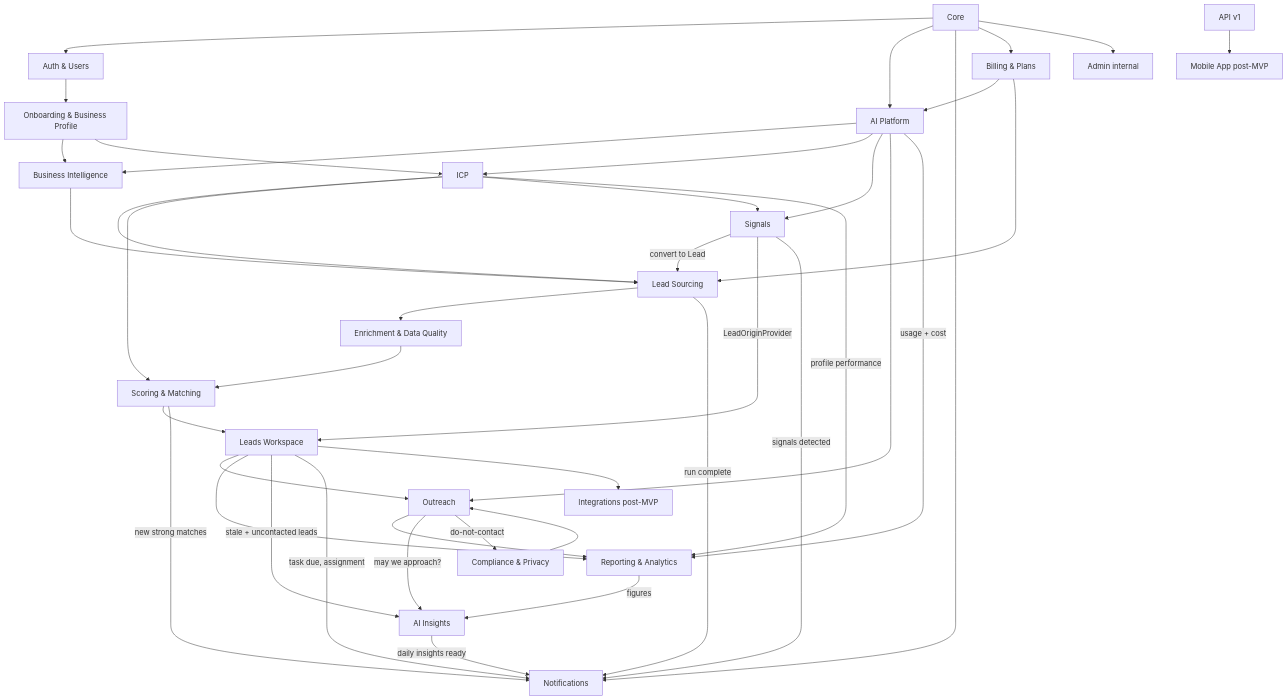
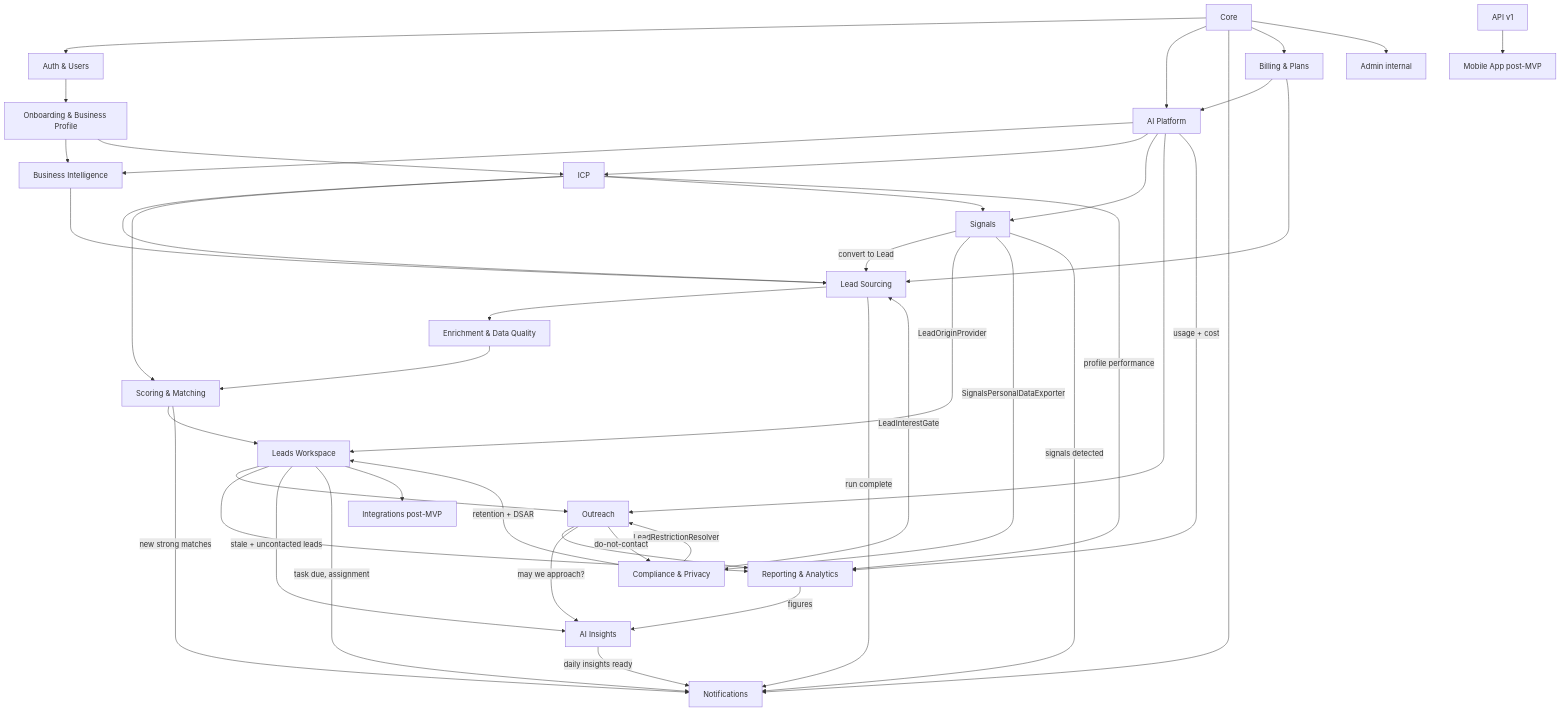
One commit to LordWatson/AlimaProspects changed the second of 2 diagrams in docs/architecture.md. Above: the diagram before and after it, drawn with Mermaid. The commit also changed other lines of this file and 107 other files, not shown here.

First line of the commit message:
**feat(compliance): implement Phase 15 compliance & privacy features**

````diff
--- a/docs/architecture.md
+++ b/docs/architecture.md
@@ -39,43 +39,46 @@
 ```mermaid
 flowchart TD
   Core --> Auth[Auth & Users]
   Core --> AIp[AI Platform]
   Auth --> Onb[Onboarding & Business Profile]
   Onb --> BI[Business Intelligence]
   Onb --> ICP
   AIp --> BI
   AIp --> ICP
   ICP --> LS[Lead Sourcing]
   BI --> LS
   LS --> Enr[Enrichment & Data Quality]
   Enr --> Sc[Scoring & Matching]
   ICP --> Sc
   Sc --> LW[Leads Workspace]
   AIp --> Sig[Signals]
   ICP --> Sig
   Sig -->|convert to Lead| LS
   Sig -->|LeadOriginProvider| LW
   LW --> Out[Outreach]
   AIp --> Out
-  Comp[Compliance & Privacy] --> Out
+  Comp[Compliance & Privacy] -->|LeadRestrictionResolver| Out
+  Comp -->|LeadInterestGate| LS
+  Comp -->|retention + DSAR| LW
+  Sig -->|SignalsPersonalDataExporter| Comp
   LW --> Rep[Reporting & Analytics]
   Out --> Rep
   AIp -->|usage + cost| Rep
   ICP -->|profile performance| Rep
   Rep -->|figures| Ins[AI Insights]
   LW -->|stale + uncontacted leads| Ins
   Out -->|may we approach?| Ins
   Ins -->|daily insights ready| Notif
   Core --> Notif[Notifications]
   LS -->|run complete| Notif
   Sc -->|new strong matches| Notif
   LW -->|task due, assignment| Notif
   Sig -->|signals detected| Notif
   Out -->|do-not-contact| Comp
   Core --> Bill[Billing & Plans]
   Bill --> AIp
   Bill --> LS
   Core --> Admin[Admin internal]
   LW --> Integ[Integrations post-MVP]
   API[API v1] --> Mob[Mobile App post-MVP]
 ```
````
